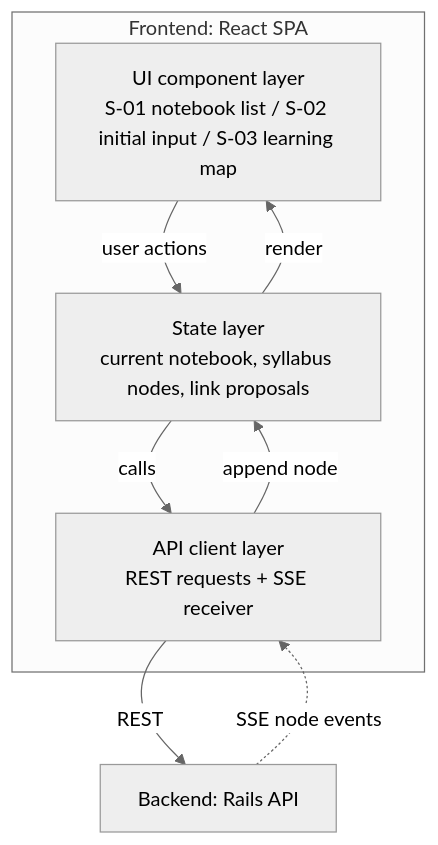
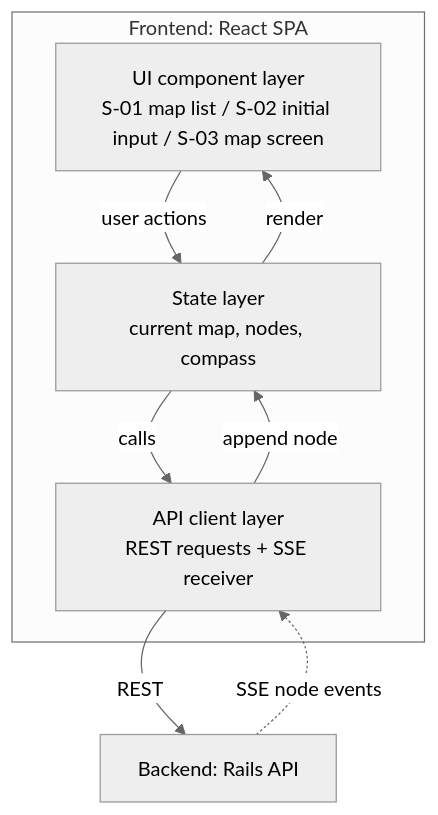
Before and after one commit to ryuma-1/Campass: the first of 2 diagrams in .claude/rules/code/frontend.md, drawn with Mermaid (neutral theme). The commit also changed other lines of this file and 6 other files, not shown here.

````diff
--- a/.claude/rules/code/frontend.md
+++ b/.claude/rules/code/frontend.md
@@ -7,16 +7,16 @@
 ```mermaid
 graph TD
     subgraph FE[Frontend: React SPA]
-        UI["UI component layer<br/>S-01 notebook list / S-02 initial input / S-03 learning map"]
-        State["State layer<br/>current notebook, syllabus nodes, link proposals"]
+        UI["UI component layer<br/>S-01 map list / S-02 initial input / S-03 map screen"]
+        State["State layer<br/>current map, nodes, compass"]
         API["API client layer<br/>REST requests + SSE receiver"]
     end
     BE[Backend: Rails API]
 
     UI -->|user actions| State
     State -->|render| UI
     State -->|calls| API
     API -->|REST| BE
     BE -.->|SSE node events| API
     API -->|append node| State
 ```
````
